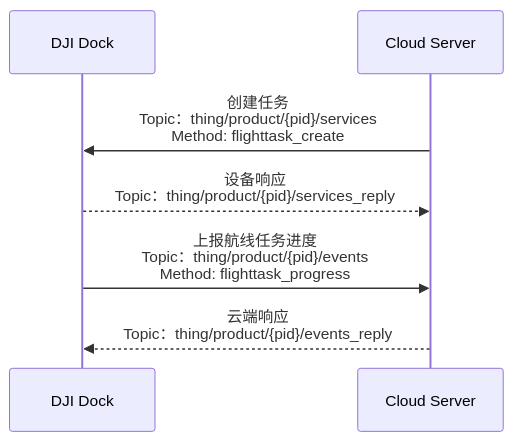
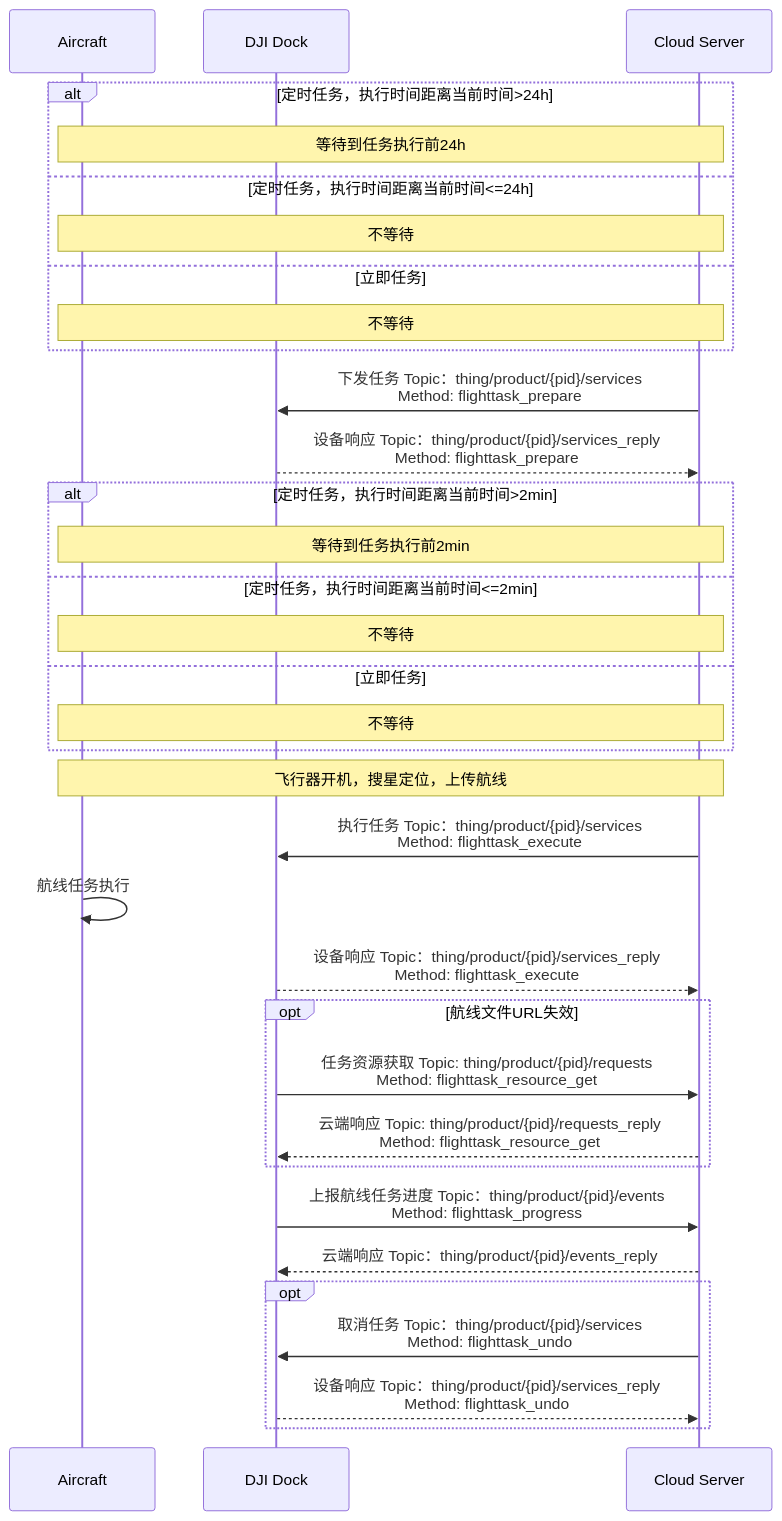
One commit to dji-sdk/Cloud-API-Doc changed the diagram in docs/cn/30.feature-set/20.dock-feature-set/50.dock-wayline-management.md. Above: the diagram before and after it, drawn with Mermaid. The commit also changed other lines of this file and 39 other files, not shown here.

````diff
--- a/docs/cn/30.feature-set/20.dock-feature-set/50.dock-wayline-management.md
+++ b/docs/cn/30.feature-set/20.dock-feature-set/50.dock-wayline-management.md
@@ -31,14 +13,45 @@
 ```mermaid
 sequenceDiagram
 
+participant object as Aircraft
 participant client  as DJI Dock
 participant server as Cloud Server
 
+alt 定时任务，执行时间距离当前时间>24h
+note over object,server: 等待到任务执行前24h
+else 定时任务，执行时间距离当前时间<=24h
+note over object,server: 不等待
+else 立即任务
+note over object,server: 不等待
+end
 
-server ->> client : 创建任务<br/>Topic：thing/product/{pid}/services<br/>Method: flighttask_create
-client -->> server : 设备响应<br/>Topic：thing/product/{pid}/services_reply
+server ->> client: 下发任务 Topic：thing/product/{pid}/services<br/>Method: flighttask_prepare
+client -->> server: 设备响应 Topic：thing/product/{pid}/services_reply<br/>Method: flighttask_prepare
 
-client ->> server : 上报航线任务进度<br/>Topic：thing/product/{pid}/events<br/>Method: flighttask_progress
-server -->> client : 云端响应<br/>Topic：thing/product/{pid}/events_reply
+alt 定时任务，执行时间距离当前时间>2min
+note over object,server: 等待到任务执行前2min
+else 定时任务，执行时间距离当前时间<=2min
+note over object,server: 不等待
+else 立即任务
+note over object,server: 不等待
+end
 
+note over object,server: 飞行器开机，搜星定位，上传航线
+
+server ->> client: 执行任务 Topic：thing/product/{pid}/services<br/>Method: flighttask_execute
+object ->> object: 航线任务执行
+client -->> server: 设备响应 Topic：thing/product/{pid}/services_reply<br/>Method: flighttask_execute
+
+opt 航线文件URL失效
+client ->> server: 任务资源获取 Topic: thing/product/{pid}/requests<br/>Method: flighttask_resource_get
+server -->> client: 云端响应 Topic: thing/product/{pid}/requests_reply<br/>Method: flighttask_resource_get
+end
+
+client ->> server: 上报航线任务进度 Topic：thing/product/{pid}/events<br/>Method: flighttask_progress
+server -->> client: 云端响应 Topic：thing/product/{pid}/events_reply
+
+opt
+server ->> client: 取消任务 Topic：thing/product/{pid}/services<br/>Method: flighttask_undo
+client -->> server: 设备响应 Topic：thing/product/{pid}/services_reply<br/>Method: flighttask_undo
+end
 ```
````
